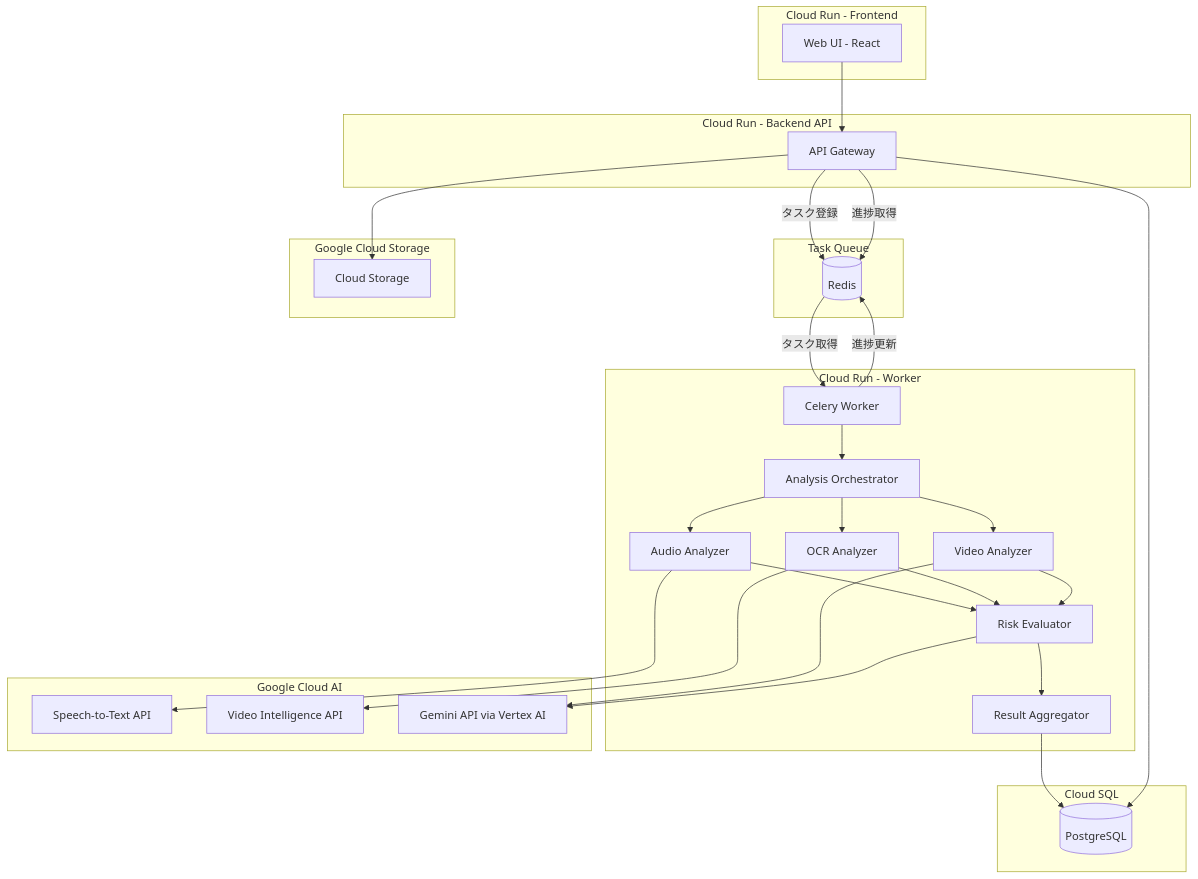
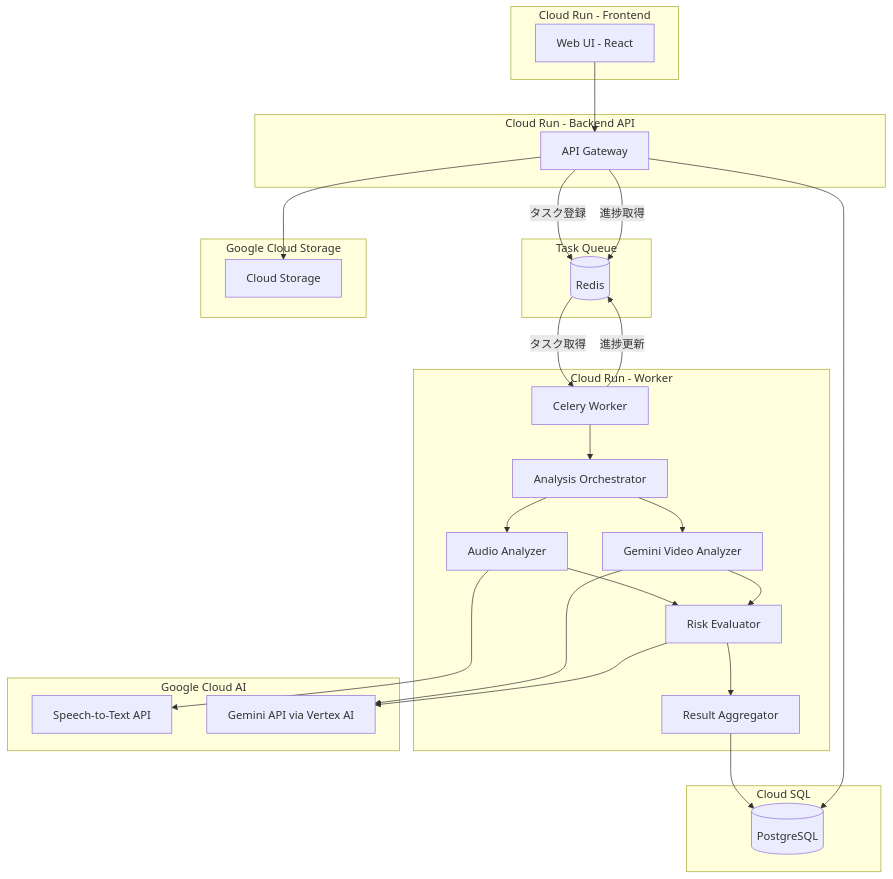
Before and after one commit to univac-1/risk-analyzer: the first of 8 diagrams in .kiro/specs/video-risk-analyzer/design.md, drawn with Mermaid. The commit also changed other lines of this file and 1 other file, not shown here.

Commit message:
docs: Align design and tasks specs with Gemini native video architecture

````diff
--- a/.kiro/specs/video-risk-analyzer/design.md
+++ b/.kiro/specs/video-risk-analyzer/design.md
@@ -27,59 +27,54 @@
 ```mermaid
 graph TB
     subgraph CloudRunFrontend[Cloud Run - Frontend]
         UI[Web UI - React]
     end
 
     subgraph CloudRunBackend[Cloud Run - Backend API]
         API[API Gateway]
     end
 
     subgraph TaskQueue[Task Queue]
         Redis[(Redis)]
     end
 
     subgraph CloudRunWorker[Cloud Run - Worker]
         CeleryWorker[Celery Worker]
         Orchestrator[Analysis Orchestrator]
         AudioAnalyzer[Audio Analyzer]
-        OCRAnalyzer[OCR Analyzer]
-        VideoAnalyzer[Video Analyzer]
+        VideoAnalyzer[Gemini Video Analyzer]
         RiskEvaluator[Risk Evaluator]
         ResultAggregator[Result Aggregator]
     end
 
     subgraph GoogleCloudAI[Google Cloud AI]
         SpeechToText[Speech-to-Text API]
-        VideoIntelligence[Video Intelligence API]
         GeminiAPI[Gemini API via Vertex AI]
     end
 
     subgraph GoogleCloudStorage[Google Cloud Storage]
         GCS[Cloud Storage]
     end
 
     subgraph GoogleCloudSQL[Cloud SQL]
         PostgreSQL[(PostgreSQL)]
     end
 
     UI --> API
     API -->|タスク登録| Redis
     Redis -->|タスク取得| CeleryWorker
     CeleryWorker --> Orchestrator
     Orchestrator --> AudioAnalyzer
-    Orchestrator --> OCRAnalyzer
     Orchestrator --> VideoAnalyzer
     AudioAnalyzer --> SpeechToText
-    OCRAnalyzer --> VideoIntelligence
     VideoAnalyzer --> GeminiAPI
     AudioAnalyzer --> RiskEvaluator
-    OCRAnalyzer --> RiskEvaluator
     VideoAnalyzer --> RiskEvaluator
     RiskEvaluator --> GeminiAPI
     RiskEvaluator --> ResultAggregator
     ResultAggregator --> PostgreSQL
     CeleryWorker -->|進捗更新| Redis
     API -->|進捗取得| Redis
     API --> GCS
     API --> PostgreSQL
 ```
````
